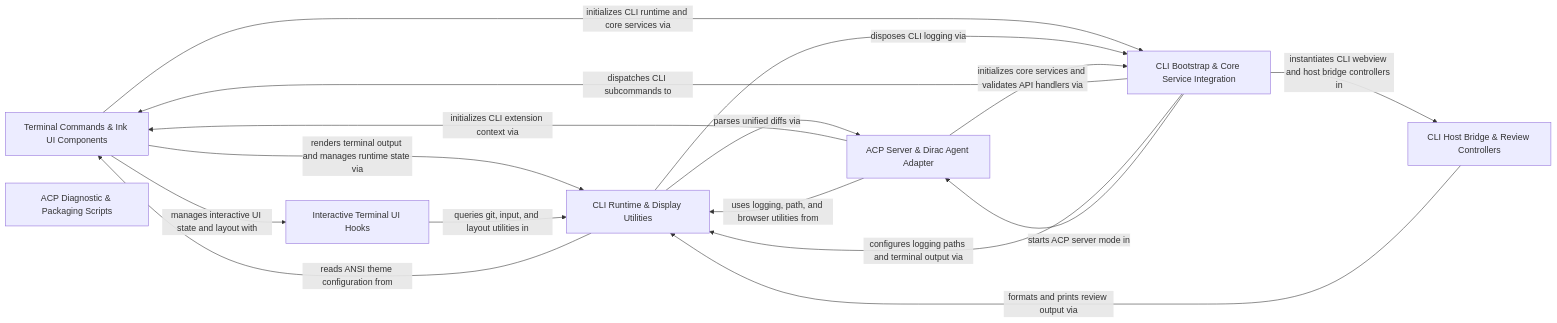
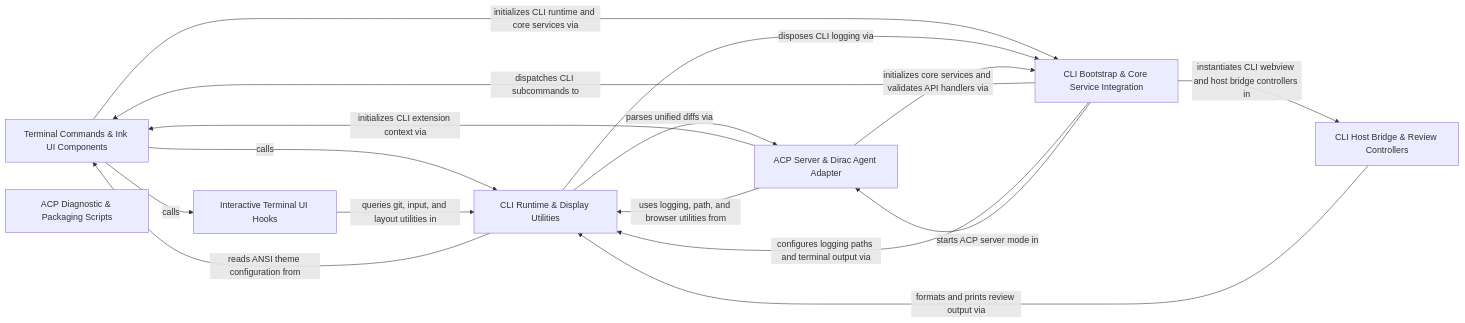
Before and after one commit to alexdim/dirac: the diagram in .codeboarding/CLI_ACP_Agent_Runtime.md, drawn with Mermaid. The commit also changed other lines of this file and 40 other files, not shown here.

````diff
--- a/.codeboarding/CLI_ACP_Agent_Runtime.md
+++ b/.codeboarding/CLI_ACP_Agent_Runtime.md
@@ -1,29 +1,29 @@
 ```mermaid
 graph LR
     Terminal_Commands_Ink_UI_Components["Terminal Commands & Ink UI Components"]
     CLI_Runtime_Display_Utilities["CLI Runtime & Display Utilities"]
     ACP_Server_Dirac_Agent_Adapter["ACP Server & Dirac Agent Adapter"]
     CLI_Bootstrap_Core_Service_Integration["CLI Bootstrap & Core Service Integration"]
     Interactive_Terminal_UI_Hooks["Interactive Terminal UI Hooks"]
     CLI_Host_Bridge_Review_Controllers["CLI Host Bridge & Review Controllers"]
     ACP_Diagnostic_Packaging_Scripts["ACP Diagnostic & Packaging Scripts"]
-    Terminal_Commands_Ink_UI_Components -- "renders terminal output and manages runtime state via" --> CLI_Runtime_Display_Utilities
+    Terminal_Commands_Ink_UI_Components -- "calls" --> CLI_Runtime_Display_Utilities
     Terminal_Commands_Ink_UI_Components -- "initializes CLI runtime and core services via" --> CLI_Bootstrap_Core_Service_Integration
-    Terminal_Commands_Ink_UI_Components -- "manages interactive UI state and layout with" --> Interactive_Terminal_UI_Hooks
+    Terminal_Commands_Ink_UI_Components -- "calls" --> Interactive_Terminal_UI_Hooks
     CLI_Runtime_Display_Utilities -- "parses unified diffs via" --> ACP_Server_Dirac_Agent_Adapter
     CLI_Runtime_Display_Utilities -- "reads ANSI theme configuration from" --> Terminal_Commands_Ink_UI_Components
     CLI_Runtime_Display_Utilities -- "disposes CLI logging via" --> CLI_Bootstrap_Core_Service_Integration
     ACP_Server_Dirac_Agent_Adapter -- "initializes CLI extension context via" --> Terminal_Commands_Ink_UI_Components
     ACP_Server_Dirac_Agent_Adapter -- "uses logging, path, and browser utilities from" --> CLI_Runtime_Display_Utilities
     ACP_Server_Dirac_Agent_Adapter -- "initializes core services and validates API handlers via" --> CLI_Bootstrap_Core_Service_Integration
     CLI_Bootstrap_Core_Service_Integration -- "dispatches CLI subcommands to" --> Terminal_Commands_Ink_UI_Components
     CLI_Bootstrap_Core_Service_Integration -- "configures logging paths and terminal output via" --> CLI_Runtime_Display_Utilities
     CLI_Bootstrap_Core_Service_Integration -- "starts ACP server mode in" --> ACP_Server_Dirac_Agent_Adapter
     CLI_Bootstrap_Core_Service_Integration -- "instantiates CLI webview and host bridge controllers in" --> CLI_Host_Bridge_Review_Controllers
     Interactive_Terminal_UI_Hooks -- "queries git, input, and layout utilities in" --> CLI_Runtime_Display_Utilities
     CLI_Host_Bridge_Review_Controllers -- "formats and prints review output via" --> CLI_Runtime_Display_Utilities
     click Terminal_Commands_Ink_UI_Components href "./Terminal_Commands_Ink_UI_Components.md" "Details"
     click CLI_Runtime_Display_Utilities href "./CLI_Runtime_Display_Utilities.md" "Details"
     click ACP_Server_Dirac_Agent_Adapter href "./ACP_Server_Dirac_Agent_Adapter.md" "Details"
     click CLI_Bootstrap_Core_Service_Integration href "./CLI_Bootstrap_Core_Service_Integration.md" "Details"
 ```
````
